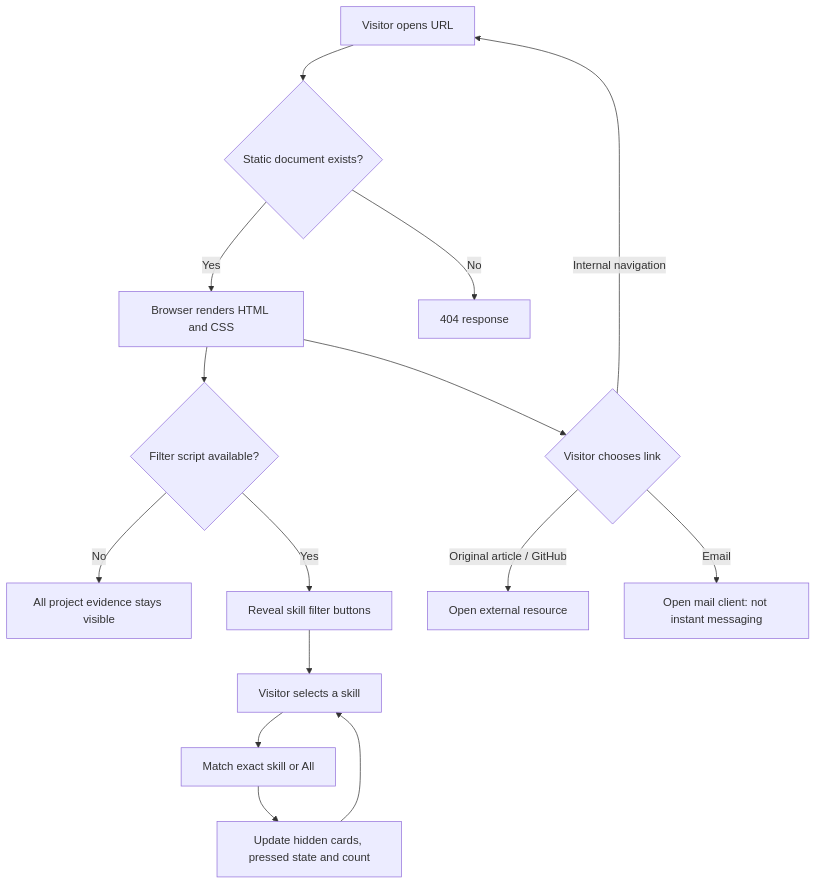
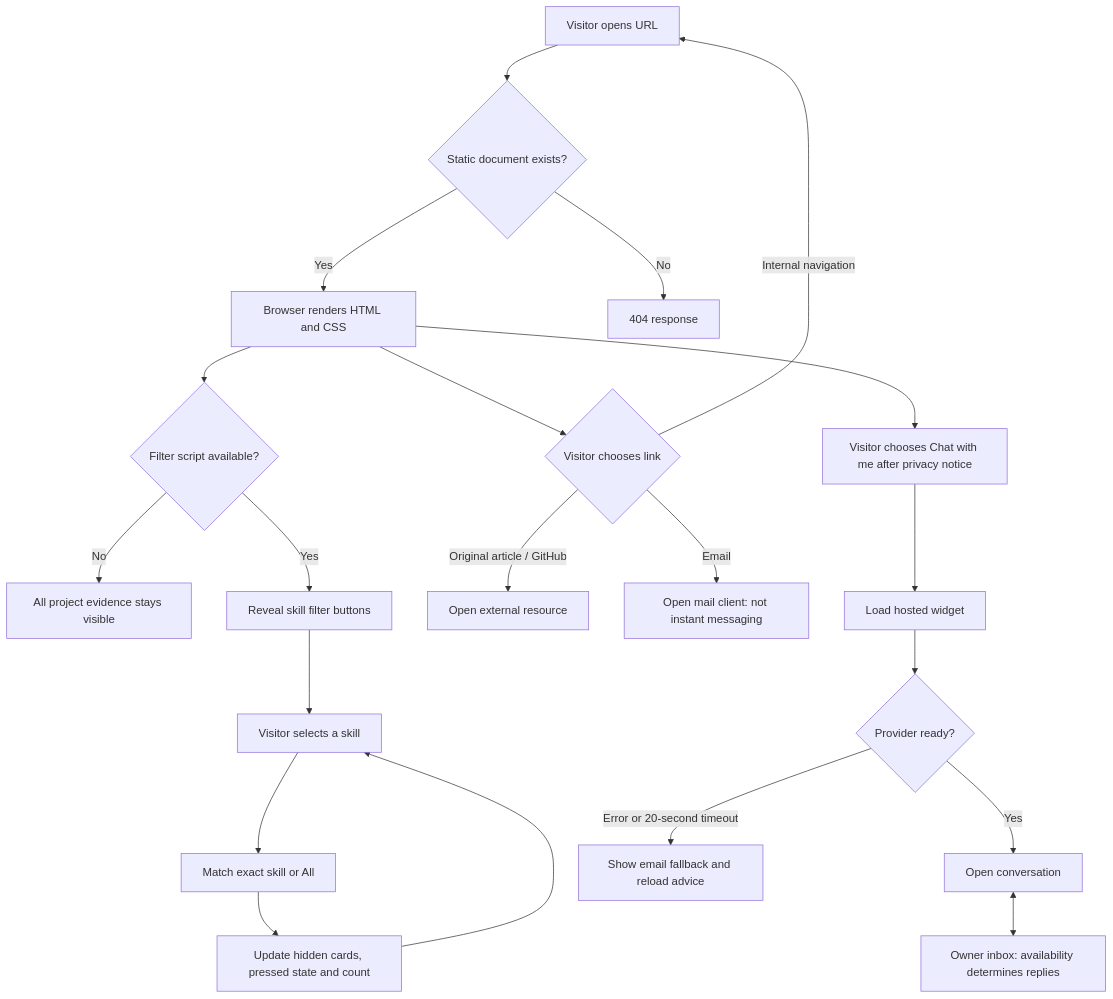
One commit to ChiragAgg5k/ul-university-notes changed the third of 3 diagrams in 2026-27/SEM1/CS5709 - Software Engineering Evolution/Assignment 1/DESIGN.md. Above: the diagram before and after it, drawn with Mermaid. The commit also changed other lines of this file and 10 other files, not shown here.

Commit message:
Integrate click-to-load Tawk chat with privacy notice and fallback

````diff
--- a/2026-27/SEM1/CS5709 - Software Engineering Evolution/Assignment 1/DESIGN.md
+++ b/2026-27/SEM1/CS5709 - Software Engineering Evolution/Assignment 1/DESIGN.md
@@ -48,17 +52,23 @@
 ```mermaid
 flowchart TD
   Start[Visitor opens URL] --> Exists{Static document exists?}
   Exists -->|Yes| Render[Browser renders HTML and CSS]
   Exists -->|No| Missing[404 response]
   Render --> Action{Visitor chooses link}
   Render --> JS{Filter script available?}
   JS -->|No| All[All project evidence stays visible]
   JS -->|Yes| Controls[Reveal skill filter buttons]
   Controls --> Select[Visitor selects a skill]
   Select --> Match[Match exact skill or All]
   Match --> Update[Update hidden cards, pressed state and count]
   Update --> Select
   Action -->|Internal navigation| Start
   Action -->|Original article / GitHub| External[Open external resource]
   Action -->|Email| Mail[Open mail client: not instant messaging]
+  Render --> Open[Visitor chooses Chat with me after privacy notice]
+  Open --> Load[Load hosted widget]
+  Load --> Ready{Provider ready?}
+  Ready -->|Yes| Chat[Open conversation]
+  Ready -->|Error or 20-second timeout| Fallback[Show email fallback and reload advice]
+  Chat <--> Inbox[Owner inbox: availability determines replies]
 ```
````
